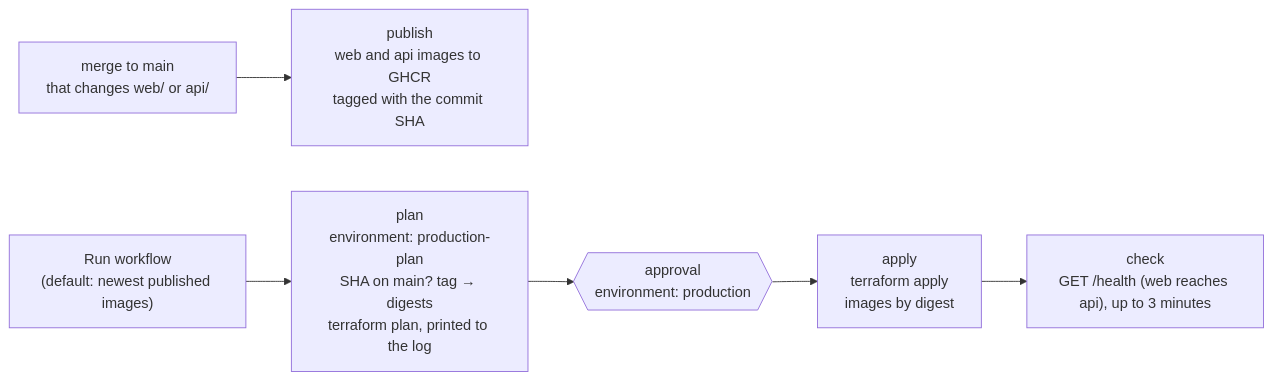
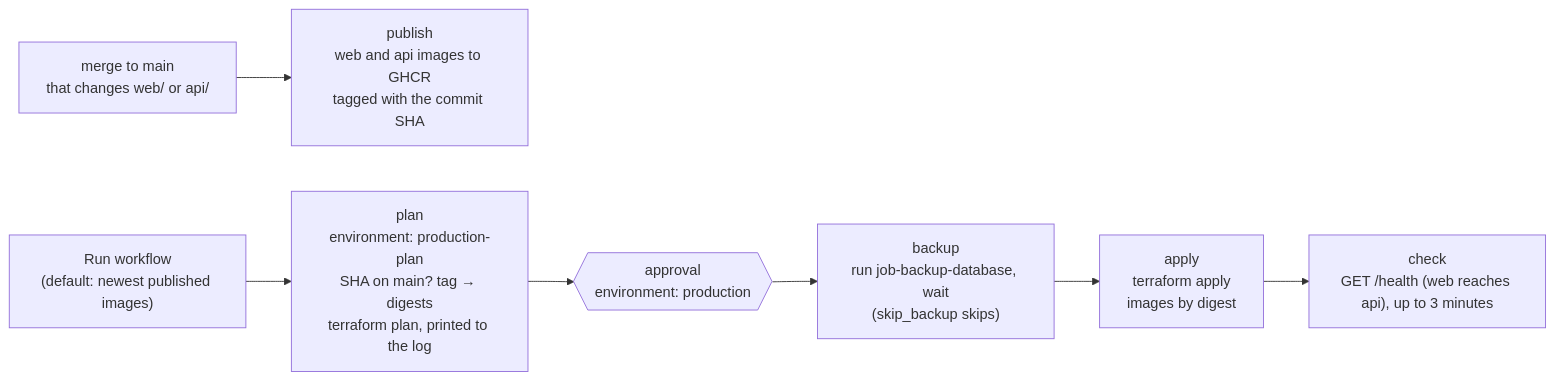
One commit to l1em1on1/social-tennis changed the eighth of 11 diagrams in docs/architecture.md. Above: the diagram before and after it, drawn with Mermaid. The commit also changed other lines of this file and 8 other files, not shown here.

````diff
--- a/docs/architecture.md
+++ b/docs/architecture.md
@@ -356,8 +367,9 @@
 ```mermaid
 flowchart LR
     M["merge to main<br/>that changes web/ or api/"] --> P["publish<br/>web and api images to GHCR<br/>tagged with the commit SHA"]
     D["Run workflow<br/>(default: newest published images)"] --> PL["plan<br/>environment: production-plan<br/>SHA on main? tag → digests<br/>terraform plan, printed to the log"]
     PL --> AP{{"approval<br/>environment: production"}}
-    AP --> A["apply<br/>terraform apply<br/>images by digest"]
+    AP --> BK["backup<br/>run job-backup-database, wait<br/>(skip_backup skips)"]
+    BK --> A["apply<br/>terraform apply<br/>images by digest"]
     A --> C["check<br/>GET /health (web reaches api), up to 3 minutes"]
 ```
````
